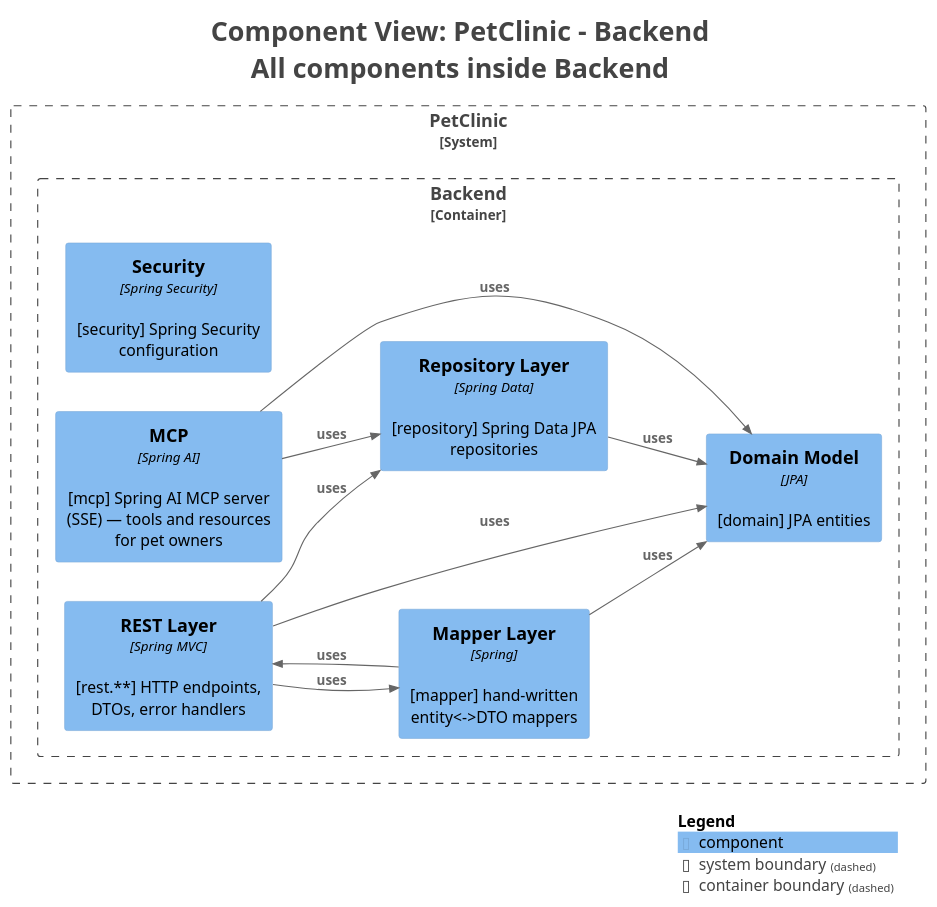
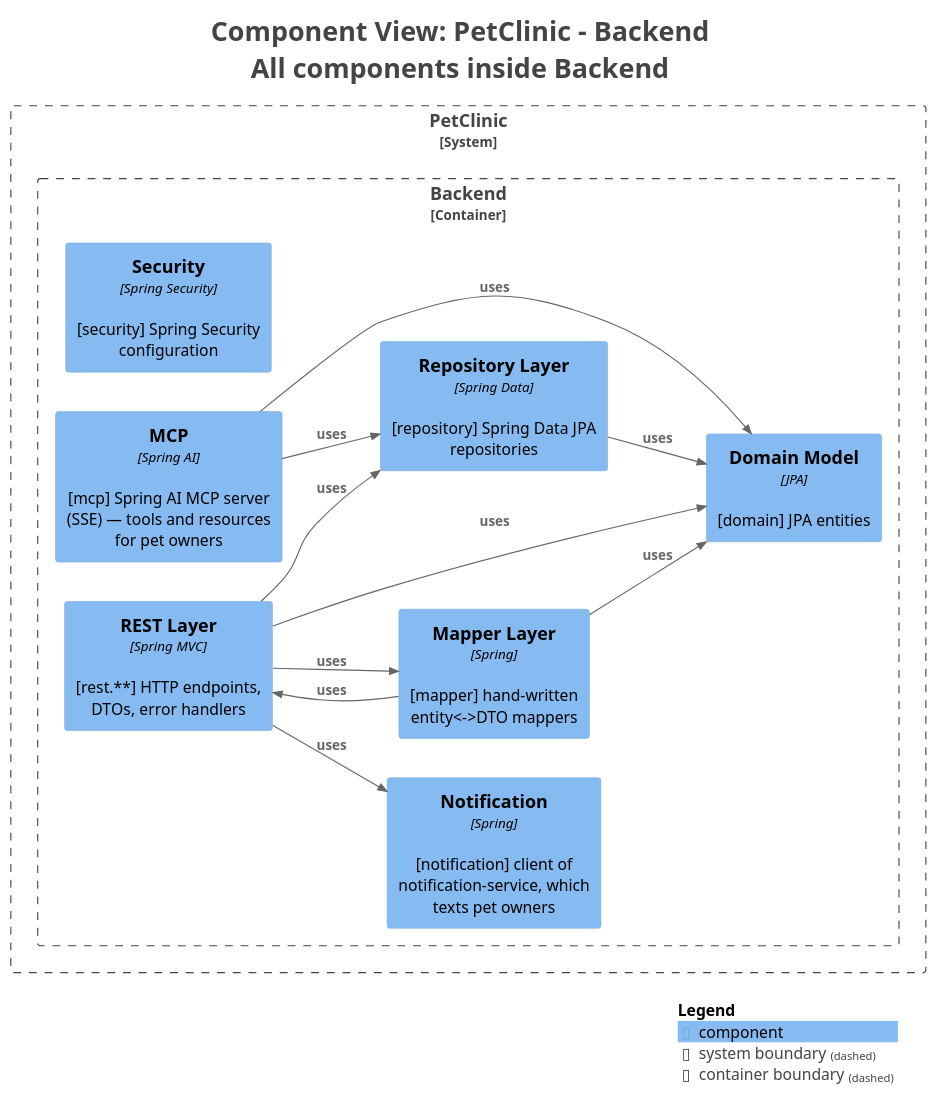
One commit to kashann/petclinic changed the diagram in petclinic-backend/docs/generated/c4views/C3-Components-All.puml. Above: the diagram before and after it, drawn with PlantUML. The commit also changed 140 other files, not shown here.

```diff
--- a/petclinic-backend/docs/generated/c4views/C3-Components-All.puml
+++ b/petclinic-backend/docs/generated/c4views/C3-Components-All.puml
@@ -1,41 +1,43 @@
 @startuml
 title <size:24>Component View: PetClinic - Backend</size>\n<size:24>All components inside Backend</size>
 
 set separator none
 left to right direction
 
 <style>
   root {
     BackgroundColor: #ffffff
     FontColor: #444444
   }
 </style>
 
 !include <C4/C4>
 !include <C4/C4_Context>
 !include <C4/C4_Component>
 
 System_Boundary("PetClinic_boundary", "PetClinic", $tags="") {
   Container_Boundary("PetClinic.Backend_boundary", "Backend", $tags="") {
     Component(PetClinic.Backend.Security, "Security", $techn="Spring Security", $descr="[security] Spring Security configuration", $tags="", $link="")
+    Component(PetClinic.Backend.Notification, "Notification", $techn="Spring", $descr="[notification] client of notification-service, which texts pet owners", $tags="", $link="")
     Component(PetClinic.Backend.MCP, "MCP", $techn="Spring AI", $descr="[mcp] Spring AI MCP server (SSE) — tools and resources for pet owners", $tags="", $link="")
     Component(PetClinic.Backend.RESTLayer, "REST Layer", $techn="Spring MVC", $descr="[rest.**] HTTP endpoints, DTOs, error handlers", $tags="", $link="")
     Component(PetClinic.Backend.DomainModel, "Domain Model", $techn="JPA", $descr="[domain] JPA entities", $tags="", $link="")
     Component(PetClinic.Backend.RepositoryLayer, "Repository Layer", $techn="Spring Data", $descr="[repository] Spring Data JPA repositories", $tags="", $link="")
     Component(PetClinic.Backend.MapperLayer, "Mapper Layer", $techn="Spring", $descr="[mapper] hand-written entity<->DTO mappers", $tags="", $link="")
   }
 
 }
 
 Rel(PetClinic.Backend.RESTLayer, PetClinic.Backend.MapperLayer, "uses", $techn="", $tags="", $link="")
 Rel(PetClinic.Backend.RESTLayer, PetClinic.Backend.DomainModel, "uses", $techn="", $tags="", $link="")
 Rel(PetClinic.Backend.RESTLayer, PetClinic.Backend.RepositoryLayer, "uses", $techn="", $tags="", $link="")
+Rel(PetClinic.Backend.RESTLayer, PetClinic.Backend.Notification, "uses", $techn="", $tags="", $link="")
 Rel(PetClinic.Backend.MapperLayer, PetClinic.Backend.RESTLayer, "uses", $techn="", $tags="", $link="")
 Rel(PetClinic.Backend.MapperLayer, PetClinic.Backend.DomainModel, "uses", $techn="", $tags="", $link="")
 Rel(PetClinic.Backend.RepositoryLayer, PetClinic.Backend.DomainModel, "uses", $techn="", $tags="", $link="")
 Rel(PetClinic.Backend.MCP, PetClinic.Backend.DomainModel, "uses", $techn="", $tags="", $link="")
 Rel(PetClinic.Backend.MCP, PetClinic.Backend.RepositoryLayer, "uses", $techn="", $tags="", $link="")
 
 SHOW_LEGEND(true)
 hide stereotypes
 @enduml
```
